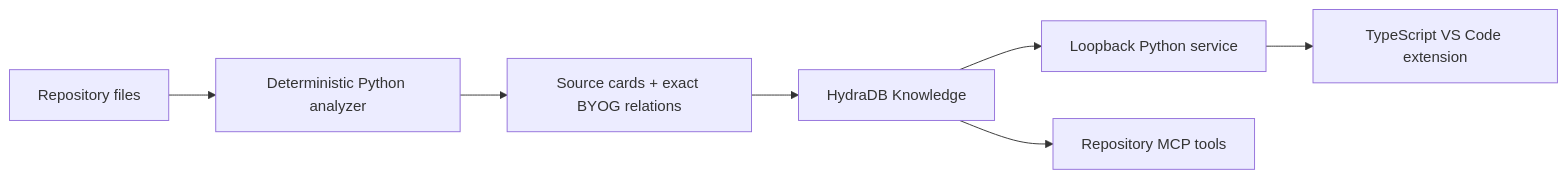
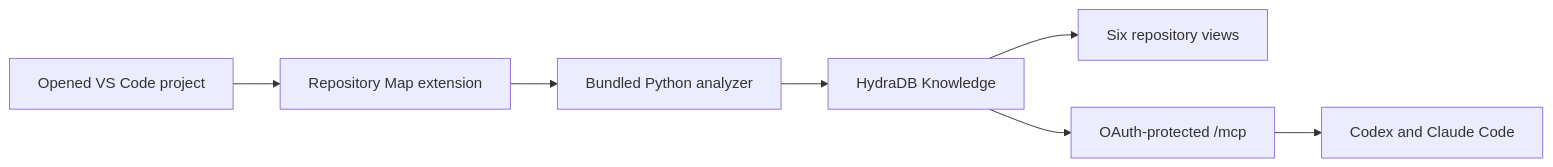
One commit to RETR0-OS/RepoMapper changed the diagram in README.md. Above: the diagram before and after it, drawn with Mermaid. The commit also changed other lines of this file and 17 other files, not shown here.

````diff
--- a/README.md
+++ b/README.md
@@ -21,9 +32,9 @@
 ```mermaid
 flowchart LR
-    Repo["Repository files"] --> Analyzer["Deterministic Python analyzer"]
-    Analyzer --> Cards["Source cards + exact BYOG relations"]
-    Cards --> HydraDB["HydraDB Knowledge"]
-    HydraDB --> Service["Loopback Python service"]
-    Service --> VSCode["TypeScript VS Code extension"]
-    HydraDB --> MCP["Repository MCP tools"]
+    Project["Opened VS Code project"] --> Extension["Repository Map extension"]
+    Extension --> Analyzer["Bundled Python analyzer"]
+    Analyzer --> HydraDB["HydraDB Knowledge"]
+    HydraDB --> Views["Six repository views"]
+    HydraDB --> MCP["OAuth-protected /mcp"]
+    MCP --> Agents["Codex and Claude Code"]
 ```
````
